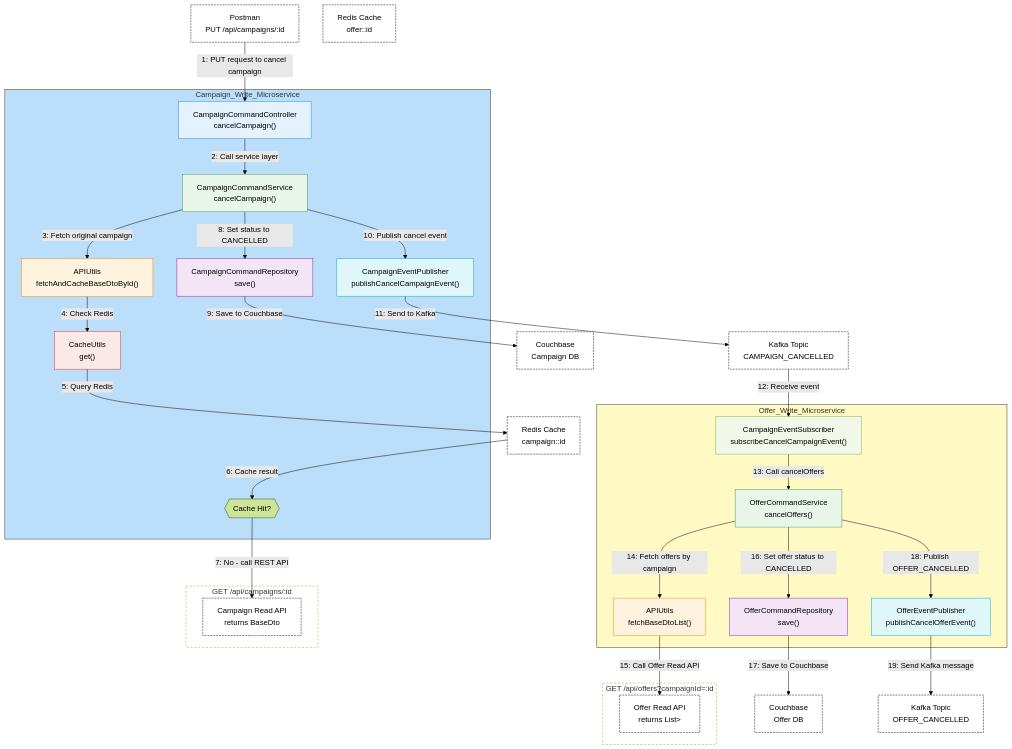
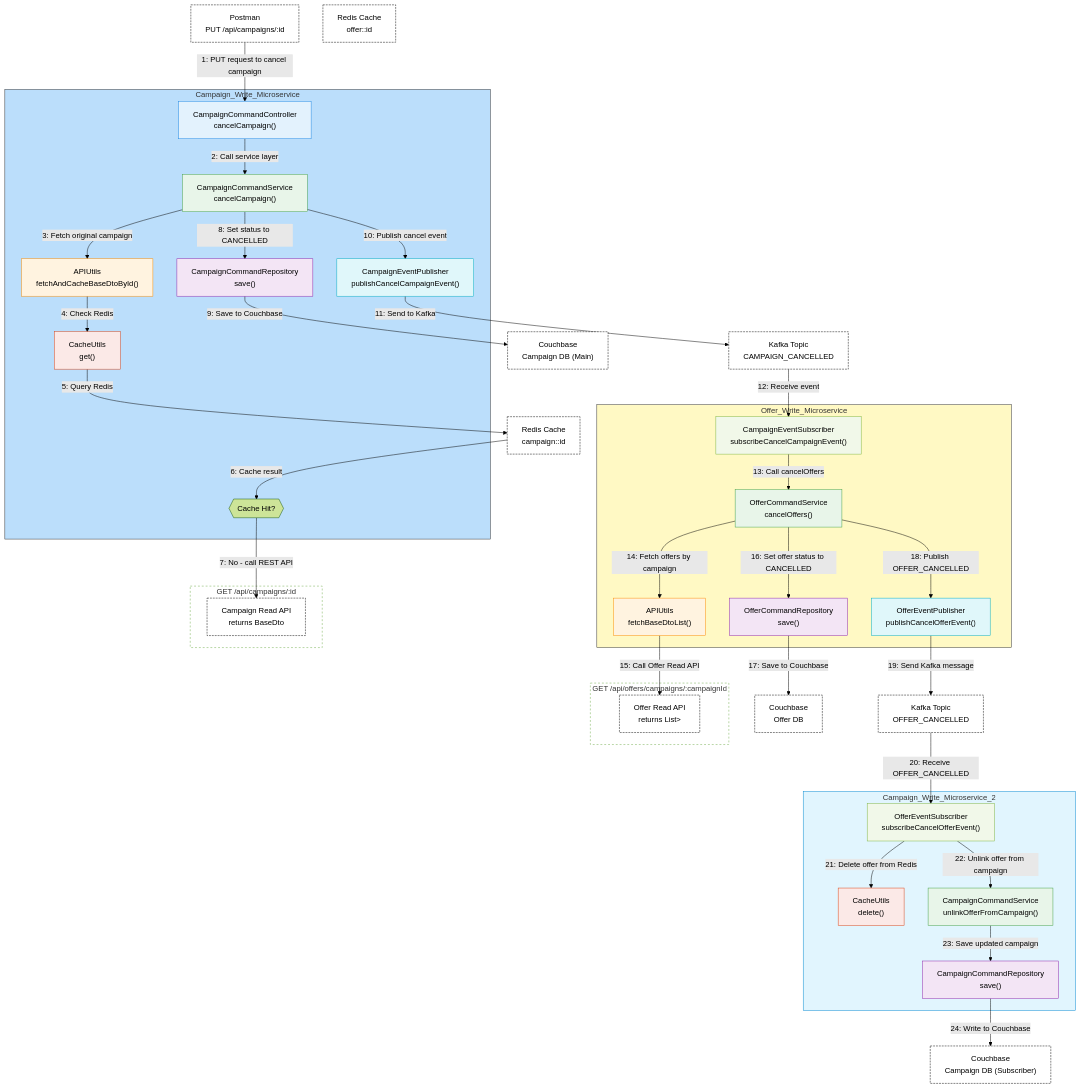
Before and after one commit to aakashkumar1980/apps-microservices: the diagram in _readme_assets/campaign_cancel.mmd, drawn with Mermaid (forest theme).

Commit message:
updated and refactored

```diff
--- a/_readme_assets/campaign_cancel.mmd
+++ b/_readme_assets/campaign_cancel.mmd
@@ -1,80 +1,97 @@
 flowchart TD
 %% Postman
     POSTMAN["Postman<br>PUT /api/campaigns/:id"]:::external
 
-%% Campaign Write Microservice
+%% Campaign Write Microservice (Main Flow)
     subgraph Campaign_Write_Microservice
         style Campaign_Write_Microservice fill:#BBDEFB,stroke:#333,stroke-width:1px
 
         CCC["CampaignCommandController<br>cancelCampaign()"]:::controller
         CCS["CampaignCommandService<br>cancelCampaign()"]:::service
         APIU["APIUtils<br>fetchAndCacheBaseDtoById()"]:::util
         CU["CacheUtils<br>get()"]:::util2
         DECISION{{Cache Hit?}}:::decision
         CCR["CampaignCommandRepository<br>save()"]:::repository
         CEP["CampaignEventPublisher<br>publishCancelCampaignEvent()"]:::event
+    end
+
+%% Campaign Write Microservice (Kafka Subscriber Role)
+    subgraph Campaign_Write_Microservice_2
+        style Campaign_Write_Microservice_2 fill:#E1F5FE,stroke:#0288D1,stroke-width:1px
+
+        CES2["OfferEventSubscriber<br>subscribeCancelOfferEvent()"]:::subscriber
+        CU2["CacheUtils<br>delete()"]:::util2
+        CCS2["CampaignCommandService<br>unlinkOfferFromCampaign()"]:::service
+        CCR2["CampaignCommandRepository<br>save()"]:::repository
     end
 
 %% Offer Write Microservice
     subgraph Offer_Write_Microservice
         style Offer_Write_Microservice fill:#FFF9C4,stroke:#333,stroke-width:1px
 
         CES["CampaignEventSubscriber<br>subscribeCancelCampaignEvent()"]:::subscriber
         OFU["OfferCommandService<br>cancelOffers()"]:::service
         APIU2["APIUtils<br>fetchBaseDtoList()"]:::util
         OFR["OfferCommandRepository<br>save()"]:::repository
         OEP["OfferEventPublisher<br>publishCancelOfferEvent()"]:::event
     end
 
-%% External Systems
-    CB_CAMPAIGN["Couchbase<br>Campaign DB"]:::external
+%% External Systems (Couchbase & Kafka & Redis)
+    CB_CAMPAIGN_MAIN["Couchbase<br>Campaign DB (Main)"]:::external
+    CB_CAMPAIGN_SUB["Couchbase<br>Campaign DB (Subscriber)"]:::external
     CB_OFFER["Couchbase<br>Offer DB"]:::external
     K1["Kafka Topic<br>CAMPAIGN_CANCELLED"]:::external
     K2["Kafka Topic<br>OFFER_CANCELLED"]:::external
     REDIS1["Redis Cache<br>campaign::id"]:::external
     REDIS2["Redis Cache<br>offer::id"]:::external
 
-%% REST API box (campaign)
+%% REST APIs
     subgraph Campaign_Read_API [GET /api/campaigns/:id]
         style Campaign_Read_API stroke-dasharray: 4 4,fill:#ffffff
         REST["Campaign Read API<br>returns BaseDto<Campaign>"]:::external
     end
 
-%% REST API box (offer)
-    subgraph Offer_Read_API [GET /api/offers?campaignId=:id]
+    subgraph Offer_Read_API [GET /api/offers/campaigns/:campaignId]
         style Offer_Read_API stroke-dasharray: 4 4,fill:#ffffff
         REST2["Offer Read API<br>returns List<BaseDto<Offer>>"]:::external
     end
 
 %% Campaign Flow
     POSTMAN -->|1: PUT request to cancel campaign| CCC
     CCC -->|2: Call service layer| CCS
     CCS -->|3: Fetch original campaign| APIU
     APIU -->|4: Check Redis| CU
     CU -->|5: Query Redis| REDIS1
     REDIS1 -->|6: Cache result| DECISION
     DECISION -->|7: No - call REST API| REST
     CCS -->|8: Set status to CANCELLED| CCR
-    CCR -->|9: Save to Couchbase| CB_CAMPAIGN
+    CCR -->|9: Save to Couchbase| CB_CAMPAIGN_MAIN
     CCS -->|10: Publish cancel event| CEP
     CEP -->|11: Send to Kafka| K1
 
 %% Offer Flow
     K1 -->|12: Receive event| CES
     CES -->|13: Call cancelOffers| OFU
     OFU -->|14: Fetch offers by campaign| APIU2
     APIU2 -->|15: Call Offer Read API| REST2
     OFU -->|16: Set offer status to CANCELLED| OFR
     OFR -->|17: Save to Couchbase| CB_OFFER
     OFU -->|18: Publish OFFER_CANCELLED| OEP
     OEP -->|19: Send Kafka message| K2
 
+%% Campaign Reaction to OFFER_CANCELLED
+    K2 -->|20: Receive OFFER_CANCELLED| CES2
+    CES2 -->|21: Delete offer from Redis| CU2
+    CES2 -->|22: Unlink offer from campaign| CCS2
+    CCS2 -->|23: Save updated campaign| CCR2
+    CCR2 -->|24: Write to Couchbase| CB_CAMPAIGN_SUB
+
 %% Styling
     classDef controller fill:#E3F2FD,stroke:#1E88E5,color:#000;
     classDef service fill:#E8F5E9,stroke:#43A047,color:#000;
     classDef subscriber fill:#F1F8E9,stroke:#7CB342,color:#000;
     classDef repository fill:#F3E5F5,stroke:#8E24AA,color:#000;
     classDef util fill:#FFF3E0,stroke:#FB8C00,color:#000;
     classDef util2 fill:#FBE9E7,stroke:#D84315,color:#000;
     classDef event fill:#E0F7FA,stroke:#00ACC1,color:#000;
     classDef external fill:#FFFFFF,stroke:#000,color:#000,stroke-dasharray: 4 2;
```
